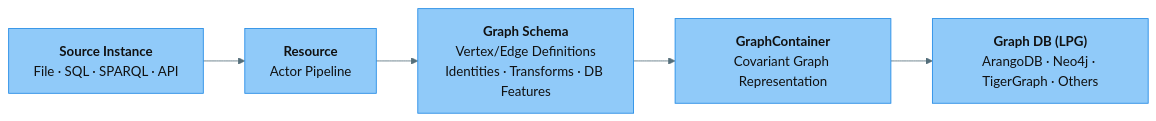
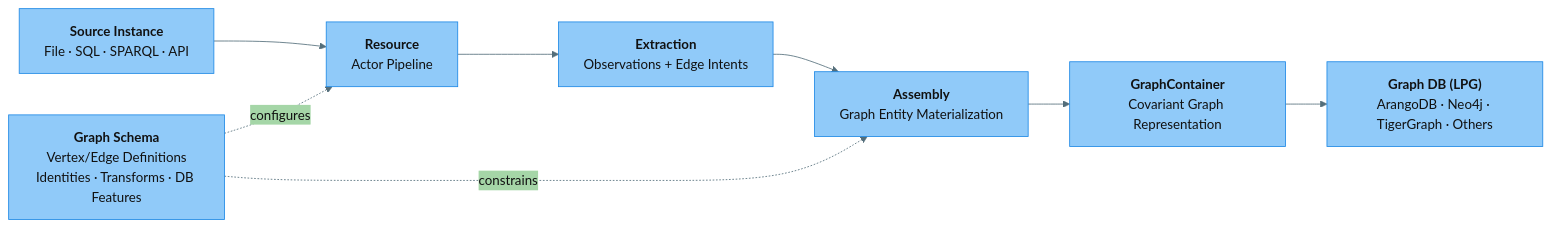
Before and after one commit to growgraph/graflo: the first of 7 diagrams in docs/concepts/index.md, drawn with Mermaid. The commit also changed other lines of this file and 91 other files, not shown here.

````diff
--- a/docs/concepts/index.md
+++ b/docs/concepts/index.md
@@ -9,22 +9,26 @@
 ```mermaid
 %%{ init: { 
   "theme": "base",
   "themeVariables": {
     "primaryColor": "#90CAF9",
     "primaryTextColor": "#111111",
     "primaryBorderColor": "#1E88E5",
     "lineColor": "#546E7A",
     "secondaryColor": "#A5D6A7",
     "tertiaryColor": "#CE93D8"
   }
 } }%%
 
 flowchart LR
     SI["<b>Source Instance</b><br/>File · SQL · SPARQL · API"]
     R["<b>Resource</b><br/>Actor Pipeline"]
+    EX["<b>Extraction</b><br/>Observations + Edge Intents"]
+    AS["<b>Assembly</b><br/>Graph Entity Materialization"]
     GS["<b>Graph Schema</b><br/>Vertex/Edge Definitions<br/>Identities · Transforms · DB Features"]
     GC["<b>GraphContainer</b><br/>Covariant Graph Representation"]
     DB["<b>Graph DB (LPG)</b><br/>ArangoDB · Neo4j · TigerGraph · Others"]
 
-    SI --> R --> GS --> GC --> DB
+    SI --> R --> EX --> AS --> GC --> DB
+    GS -. configures .-> R
+    GS -. constrains .-> AS
 ```
````
